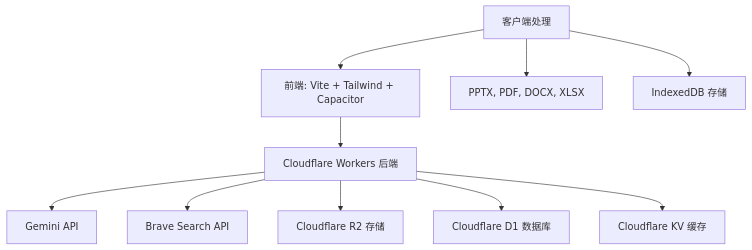
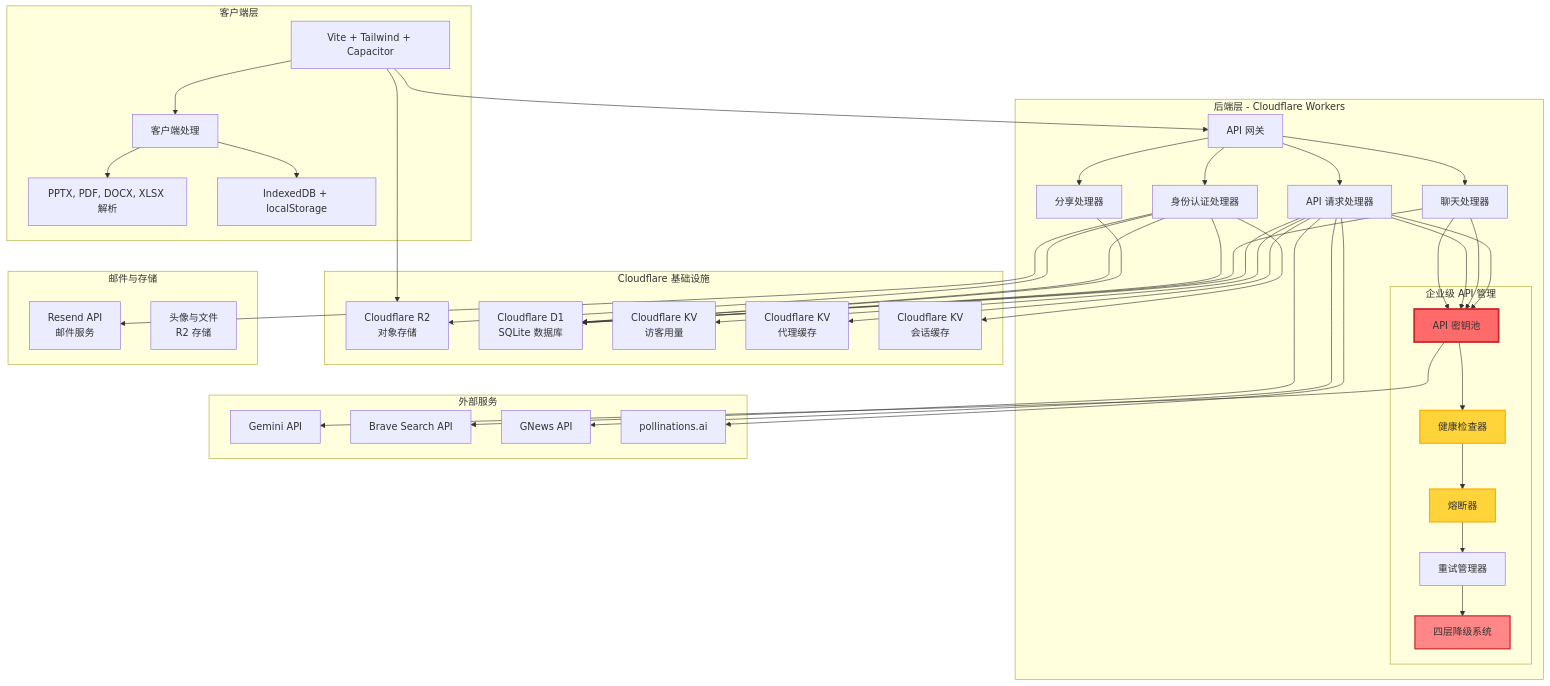
One commit to PandaSI-Labs/littleaibox changed the diagram in docs/README.zh-CN.md. Above: the diagram before and after it, drawn with Mermaid. The commit also changed 3 other files, not shown here.

````diff
--- a/docs/README.zh-CN.md
+++ b/docs/README.zh-CN.md
@@ -129,12 +129,86 @@
 ```mermaid
-graph TD
-    A[前端: Vite + Tailwind + Capacitor] --> B[Cloudflare Workers 后端]
-    B --> C[Gemini API]
-    B --> D[Brave Search API]
-    B --> E[Cloudflare R2 存储]
-    B --> F[Cloudflare D1 数据库]
-    B --> G[Cloudflare KV 缓存]
-    H[客户端处理] --> A
-    H --> I[PPTX, PDF, DOCX, XLSX]
-    H --> J[IndexedDB 存储]
+graph TB
+    subgraph "客户端层"
+        A[Vite + Tailwind + Capacitor]
+        H[客户端处理]
+        I[PPTX, PDF, DOCX, XLSX 解析]
+        J[IndexedDB + localStorage]
+        A --> H
+        H --> I
+        H --> J
+    end
+    
+    subgraph "后端层 - Cloudflare Workers"
+        B[API 网关]
+        B1[身份认证处理器]
+        B2[聊天处理器]
+        B3[API 请求处理器]
+        B4[分享处理器]
+        B --> B1
+        B --> B2
+        B --> B3
+        B --> B4
+        
+        subgraph "企业级 API 管理"
+            B5[API 密钥池]
+            B6[健康检查器]
+            B7[熔断器]
+            B8[重试管理器]
+            B9[四层降级系统]
+            B5 --> B6
+            B6 --> B7
+            B7 --> B8
+            B8 --> B9
+        end
+        
+        B2 --> B5
+        B3 --> B5
+    end
+    
+    subgraph "外部服务"
+        C[Gemini API]
+        D[Brave Search API]
+        D1[GNews API]
+        D2[pollinations.ai]
+    end
+    
+    subgraph "Cloudflare 基础设施"
+        E[Cloudflare R2<br/>对象存储]
+        F[Cloudflare D1<br/>SQLite 数据库]
+        G1[Cloudflare KV<br/>访客用量]
+        G2[Cloudflare KV<br/>代理缓存]
+        G3[Cloudflare KV<br/>会话缓存]
+    end
+    
+    subgraph "邮件与存储"
+        K[Resend API<br/>邮件服务]
+        L[头像与文件<br/>R2 存储]
+    end
+    
+    A --> B
+    B1 --> F
+    B2 --> B5
+    B3 --> B5
+    B4 --> F
+    
+    B5 --> C
+    B3 --> D
+    B3 --> D1
+    B3 --> D2
+    
+    B1 --> F
+    B2 --> F
+    B3 --> F
+    B1 --> G3
+    B3 --> G1
+    B3 --> G2
+    
+    B1 --> K
+    B1 --> E
+    A --> E
+    
+    style B5 fill:#ff6b6b,stroke:#c92a2a,stroke-width:3px
+    style B9 fill:#ff8787,stroke:#c92a2a,stroke-width:2px
+    style B6 fill:#ffd43b,stroke:#fab005,stroke-width:2px
+    style B7 fill:#ffd43b,stroke:#fab005,stroke-width:2px
 ```
````
